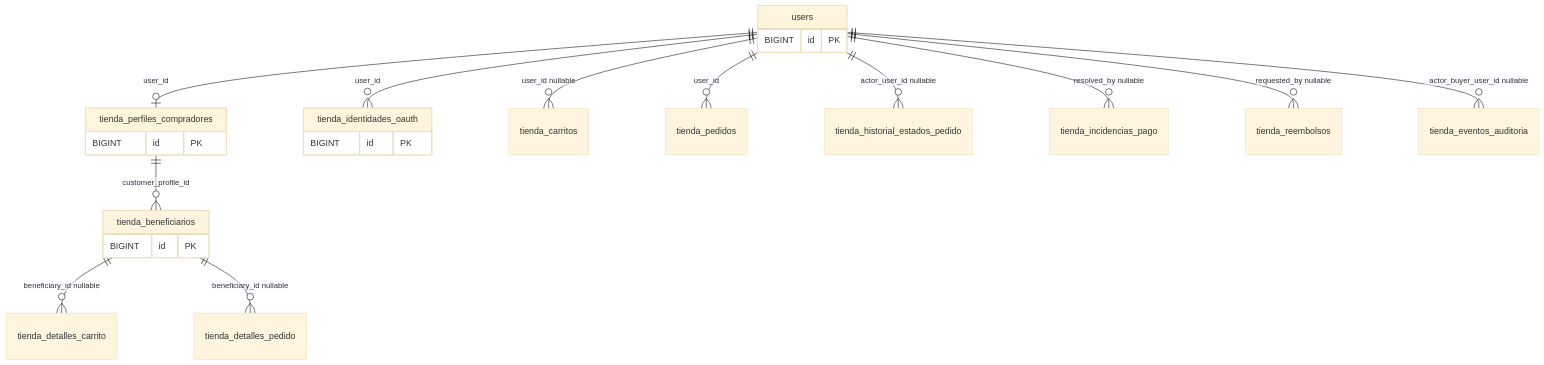
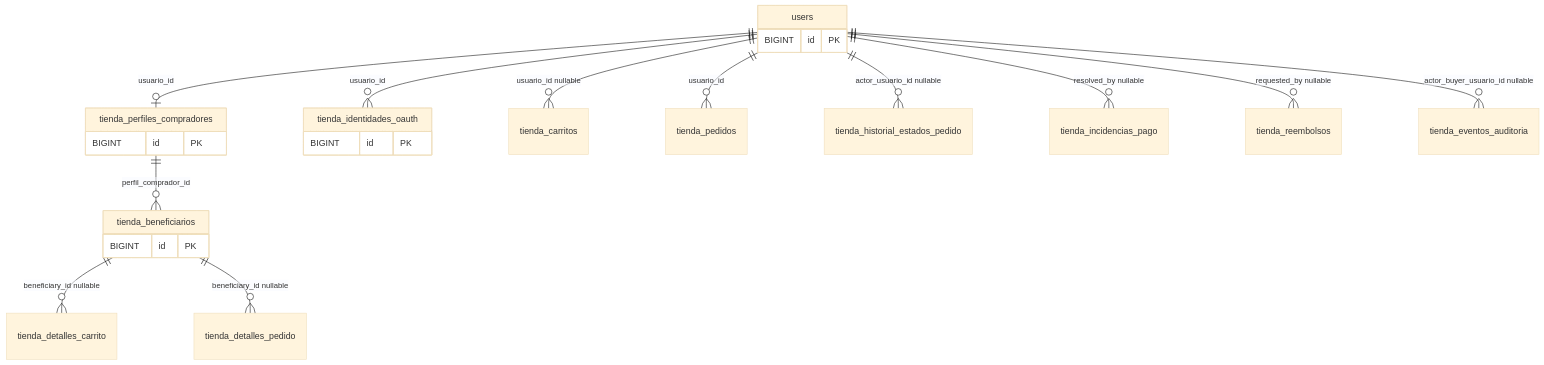
The diagram in docs/modelo-datos/03_USUARIOS.md (JIMMY1012102/UNDC-Pagos-Posgrado), drawn with Mermaid (base theme) before and after one commit. The commit also changed 23 other files, not shown here.

````diff
--- a/docs/modelo-datos/03_USUARIOS.md
+++ b/docs/modelo-datos/03_USUARIOS.md
@@ -5,26 +5,26 @@
 ```mermaid
 erDiagram
   users {
     BIGINT id PK
   }
   tienda_perfiles_compradores {
     BIGINT id PK
   }
   tienda_identidades_oauth {
     BIGINT id PK
   }
   tienda_beneficiarios {
     BIGINT id PK
   }
-  users ||--o| tienda_perfiles_compradores : "user_id"
-  users ||--o{ tienda_identidades_oauth : "user_id"
-  tienda_perfiles_compradores ||--o{ tienda_beneficiarios : "customer_profile_id"
-  users ||--o{ tienda_carritos : "user_id nullable"
+  users ||--o| tienda_perfiles_compradores : "usuario_id"
+  users ||--o{ tienda_identidades_oauth : "usuario_id"
+  tienda_perfiles_compradores ||--o{ tienda_beneficiarios : "perfil_comprador_id"
+  users ||--o{ tienda_carritos : "usuario_id nullable"
   tienda_beneficiarios ||--o{ tienda_detalles_carrito : "beneficiary_id nullable"
-  users ||--o{ tienda_pedidos : "user_id"
+  users ||--o{ tienda_pedidos : "usuario_id"
   tienda_beneficiarios ||--o{ tienda_detalles_pedido : "beneficiary_id nullable"
-  users ||--o{ tienda_historial_estados_pedido : "actor_user_id nullable"
+  users ||--o{ tienda_historial_estados_pedido : "actor_usuario_id nullable"
   users ||--o{ tienda_incidencias_pago : "resolved_by nullable"
   users ||--o{ tienda_reembolsos : "requested_by nullable"
-  users ||--o{ tienda_eventos_auditoria : "actor_buyer_user_id nullable"
+  users ||--o{ tienda_eventos_auditoria : "actor_buyer_usuario_id nullable"
 ```
````
